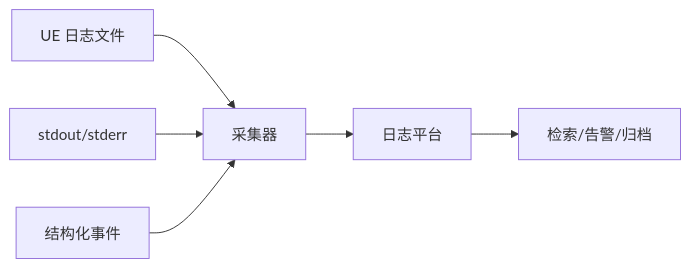
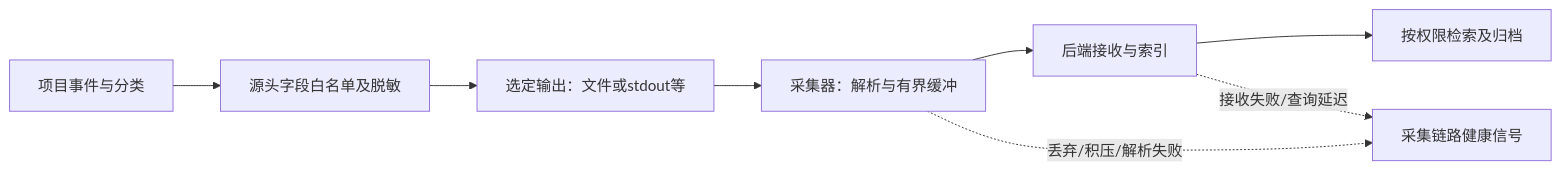
One commit to fantuan812/learning changed the first of 4 diagrams in 知识/08-工程实践与质量/部署运维与可观测性/04-DS日志崩溃与可观测性实战.md. Above: the diagram before and after it, drawn with Mermaid. The commit also changed other lines of this file and 2 other files, not shown here.

````diff
--- a/知识/08-工程实践与质量/部署运维与可观测性/04-DS日志崩溃与可观测性实战.md
+++ b/知识/08-工程实践与质量/部署运维与可观测性/04-DS日志崩溃与可观测性实战.md
@@ -97,8 +81,10 @@
 ```mermaid
 flowchart LR
-    A[UE 日志文件] --> D[采集器]
-    B[stdout/stderr] --> D
-    C[结构化事件] --> D
-    D --> E[日志平台]
-    E --> F[检索/告警/归档]
+    E[项目事件与分类] --> F[源头字段白名单及脱敏]
+    F --> O[选定输出：文件或stdout等]
+    O --> C[采集器：解析与有界缓冲]
+    C --> B[后端接收与索引]
+    B --> Q[按权限检索及归档]
+    C -.丢弃/积压/解析失败.-> H[采集链路健康信号]
+    B -.接收失败/查询延迟.-> H
 ```
````
